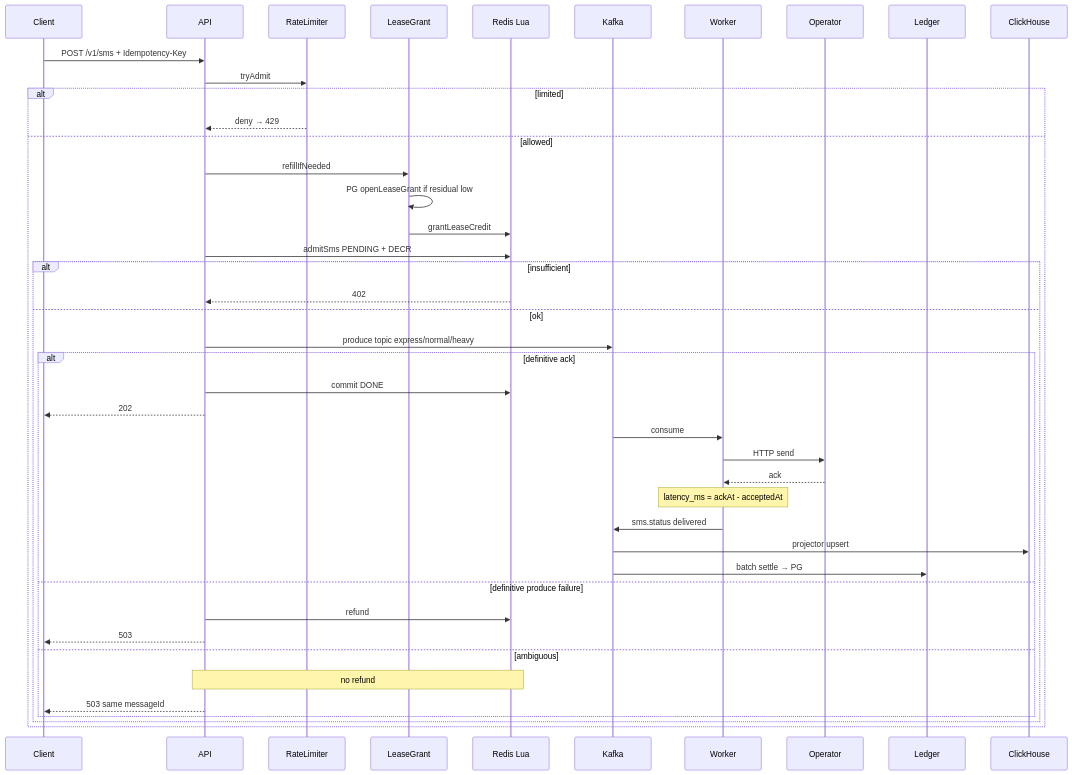
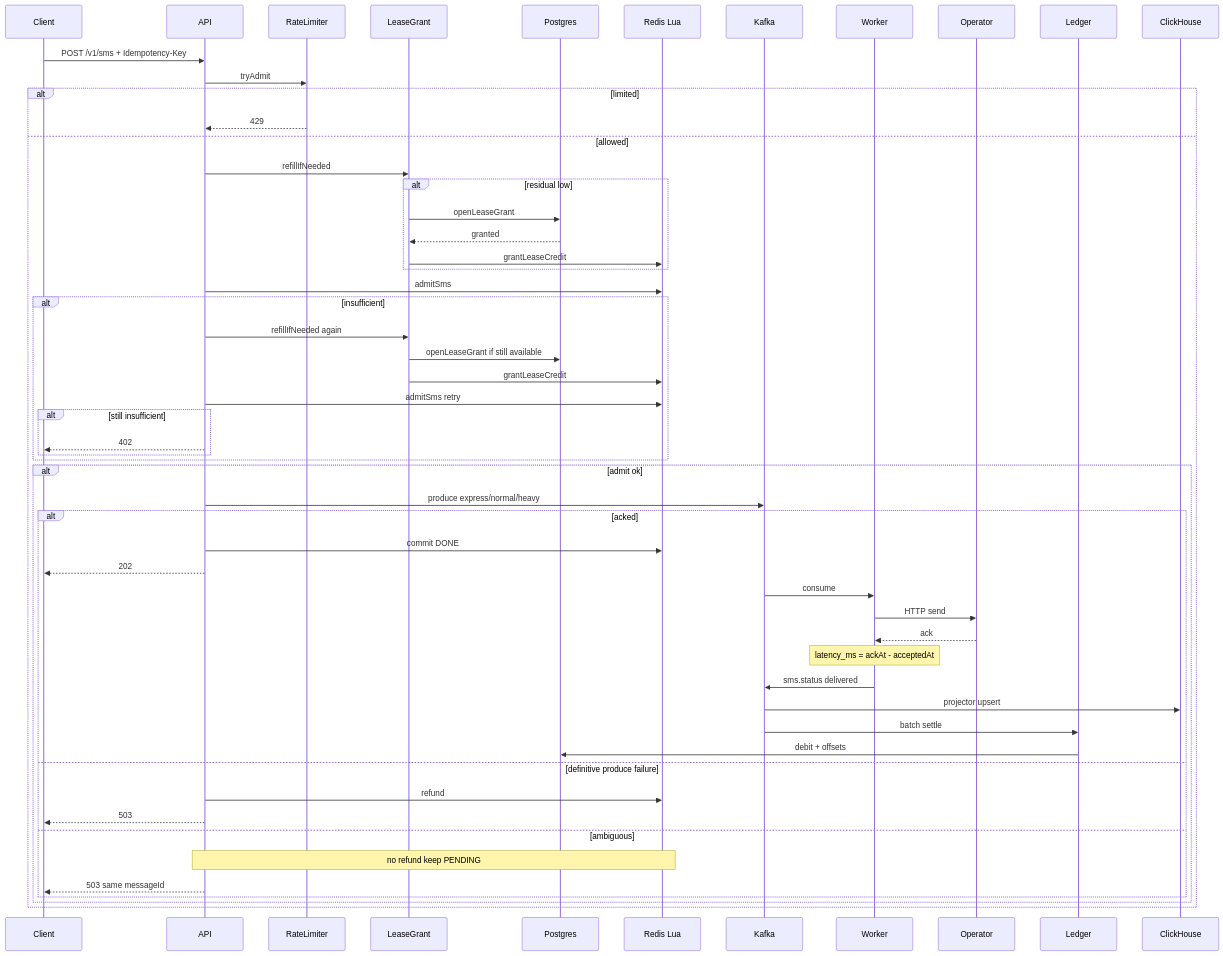
The fourth of 6 diagrams in docs/ARCHITECTURE.md (miladadli/PulseGate), drawn with Mermaid before and after one commit. The commit also changed other lines of this file and 11 other files, not shown here.

First line of the commit message:
fix sms lookup, reconciler ttl handling, and architecture diagrams

````diff
--- a/docs/ARCHITECTURE.md
+++ b/docs/ARCHITECTURE.md
@@ -150,46 +154,58 @@
 ```mermaid
 sequenceDiagram
   participant C as Client
   participant A as API
   participant RL as RateLimiter
   participant L as LeaseGrant
+  participant PG as Postgres
   participant R as Redis Lua
   participant K as Kafka
   participant W as Worker
   participant O as Operator
   participant Led as Ledger
   participant CH as ClickHouse
 
   C->>A: POST /v1/sms + Idempotency-Key
   A->>RL: tryAdmit
   alt limited
-    RL-->>A: deny → 429
+    RL-->>A: 429
   else allowed
     A->>L: refillIfNeeded
-    L->>L: PG openLeaseGrant if residual low
-    L->>R: grantLeaseCredit
-    A->>R: admitSms PENDING + DECR
+    alt residual low
+      L->>PG: openLeaseGrant
+      PG-->>L: granted
+      L->>R: grantLeaseCredit
+    end
+    A->>R: admitSms
     alt insufficient
-      R-->>A: 402
-    else ok
-      A->>K: produce topic express/normal/heavy
-      alt definitive ack
+      A->>L: refillIfNeeded again
+      L->>PG: openLeaseGrant if still available
+      L->>R: grantLeaseCredit
+      A->>R: admitSms retry
+      alt still insufficient
+        A-->>C: 402
+      end
+    end
+    alt admit ok
+      A->>K: produce express/normal/heavy
+      alt acked
         A->>R: commit DONE
         A-->>C: 202
         K->>W: consume
         W->>O: HTTP send
         O-->>W: ack
         Note over W: latency_ms = ackAt - acceptedAt
         W->>K: sms.status delivered
         K->>CH: projector upsert
-        K->>Led: batch settle → PG
+        K->>Led: batch settle
+        Led->>PG: debit + offsets
       else definitive produce failure
         A->>R: refund
         A-->>C: 503
       else ambiguous
-        Note over A,R: no refund
+        Note over A,R: no refund keep PENDING
         A-->>C: 503 same messageId
       end
     end
   end
 ```
````
